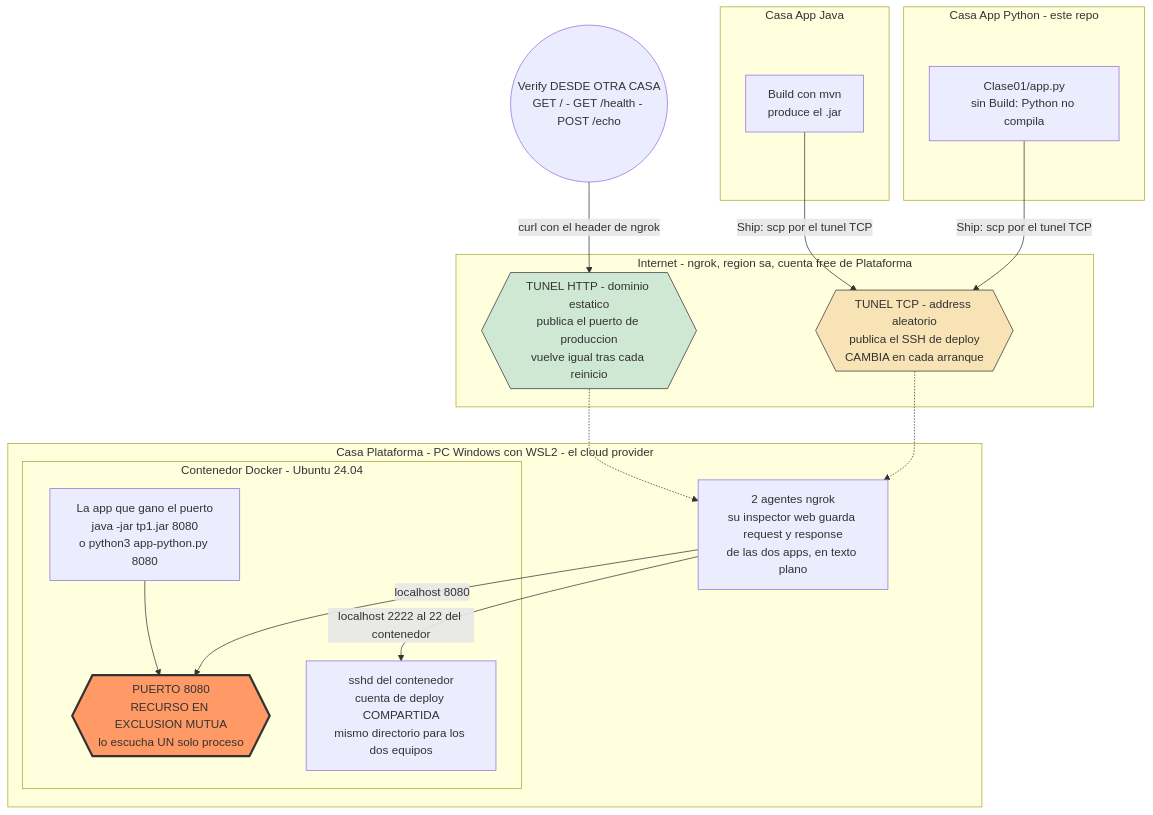
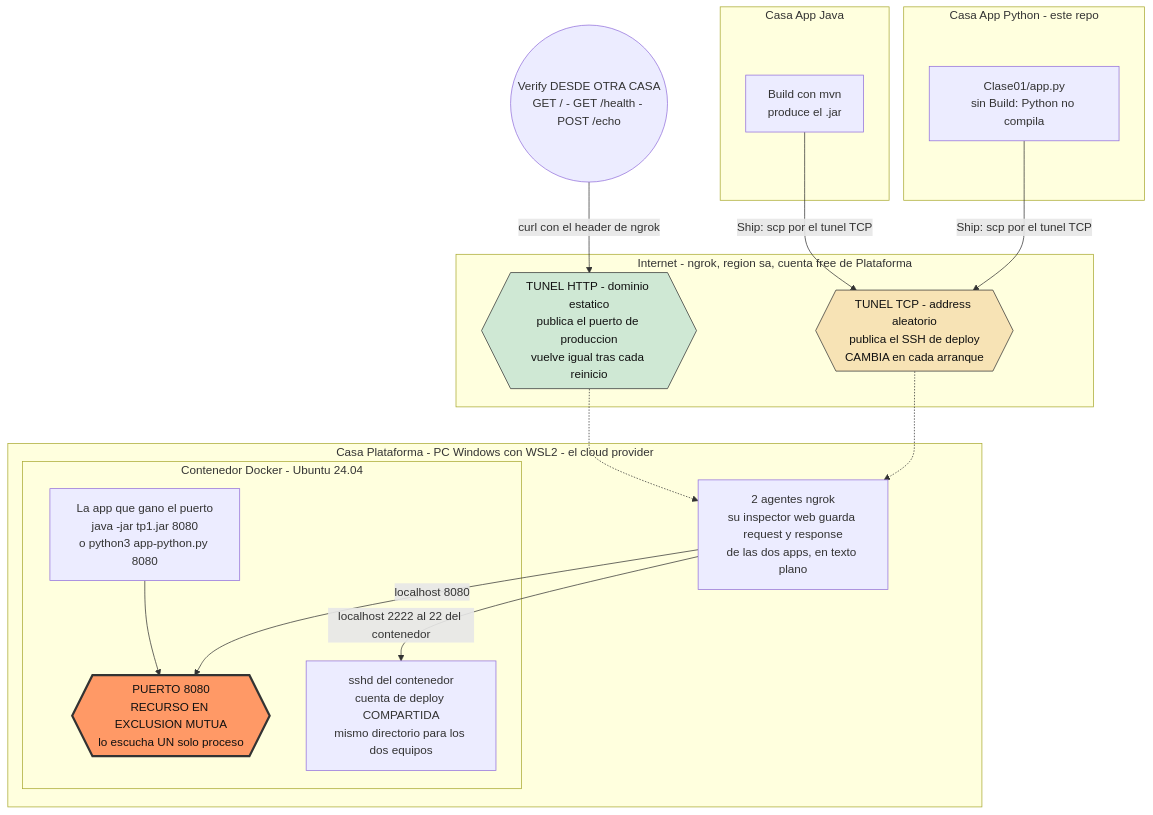
The first of 2 diagrams in README.md (mnomico/sdypp_tarea), drawn with Mermaid before and after one commit. The commit also changed other lines of this file, not shown here.

Commit message:
actualizo los colores del diagrama

````diff
--- a/README.md
+++ b/README.md
@@ -35,40 +35,40 @@
 ```mermaid
 flowchart TB
     subgraph NUBE["Internet - ngrok, region sa, cuenta free de Plataforma"]
         T1{{"TUNEL HTTP - dominio estatico<br/>publica el puerto de produccion<br/>vuelve igual tras cada reinicio"}}
         T2{{"TUNEL TCP - address aleatorio<br/>publica el SSH de deploy<br/>CAMBIA en cada arranque"}}
     end
 
     subgraph PLAT["Casa Plataforma - PC Windows con WSL2 - el cloud provider"]
         AG["2 agentes ngrok<br/>su inspector web guarda request y response<br/>de las dos apps, en texto plano"]
         subgraph CT["Contenedor Docker - Ubuntu 24.04"]
             APP["La app que gano el puerto<br/>java -jar tp1.jar 8080<br/>o python3 app-python.py 8080"]
             PORT{{"PUERTO 8080<br/>RECURSO EN EXCLUSION MUTUA<br/>lo escucha UN solo proceso"}}
             SSHD["sshd del contenedor<br/>cuenta de deploy COMPARTIDA<br/>mismo directorio para los dos equipos"]
             APP --> PORT
         end
         AG -->|"localhost 8080"| PORT
         AG -->|"localhost 2222 al 22 del contenedor"| SSHD
     end
 
     T1 -.-> AG
     T2 -.-> AG
 
     subgraph JAVA["Casa App Java"]
         JAR["Build con mvn<br/>produce el .jar"]
     end
 
     subgraph PY["Casa App Python - este repo"]
         SRC["Clase01/app.py<br/>sin Build: Python no compila"]
     end
 
     JAR -->|"Ship: scp por el tunel TCP"| T2
     SRC -->|"Ship: scp por el tunel TCP"| T2
 
     VER(("Verify DESDE OTRA CASA<br/>GET / - GET /health - POST /echo"))
     VER -->|"curl con el header de ngrok"| T1
 
-    style PORT fill:#f96,stroke:#333,stroke-width:3px
-    style T2 fill:#f7e3b5,stroke:#333
-    style T1 fill:#cfe8d4,stroke:#333
+    style PORT fill:#f96,stroke:#333,stroke-width:3px,color:#111
+    style T2 fill:#f7e3b5,stroke:#333,color:#111
+    style T1 fill:#cfe8d4,stroke:#333,color:#111
 ```
````
